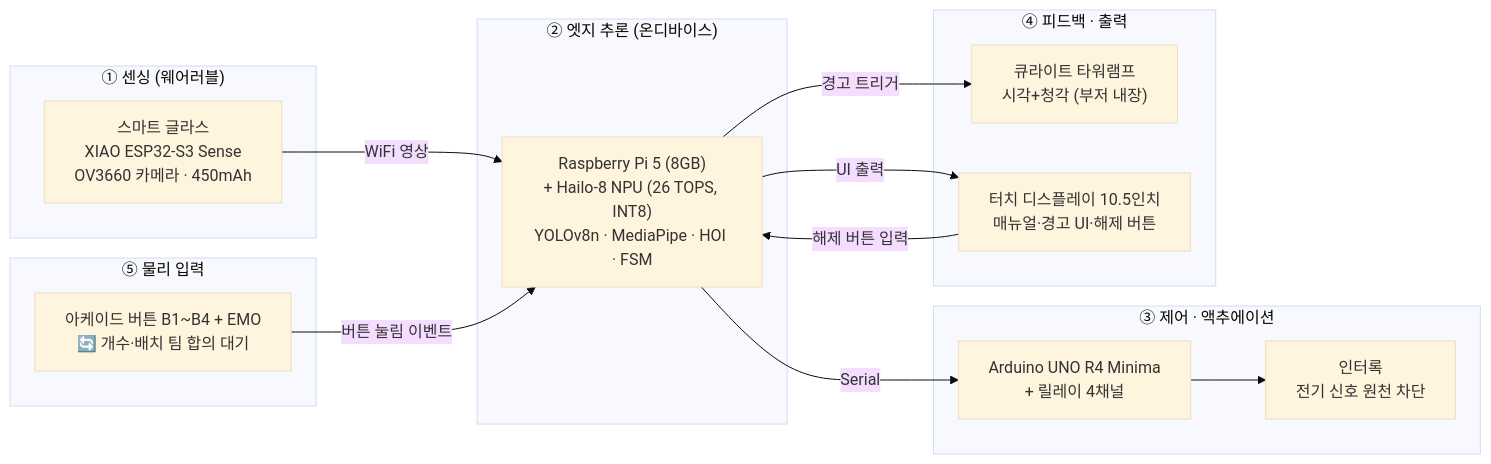
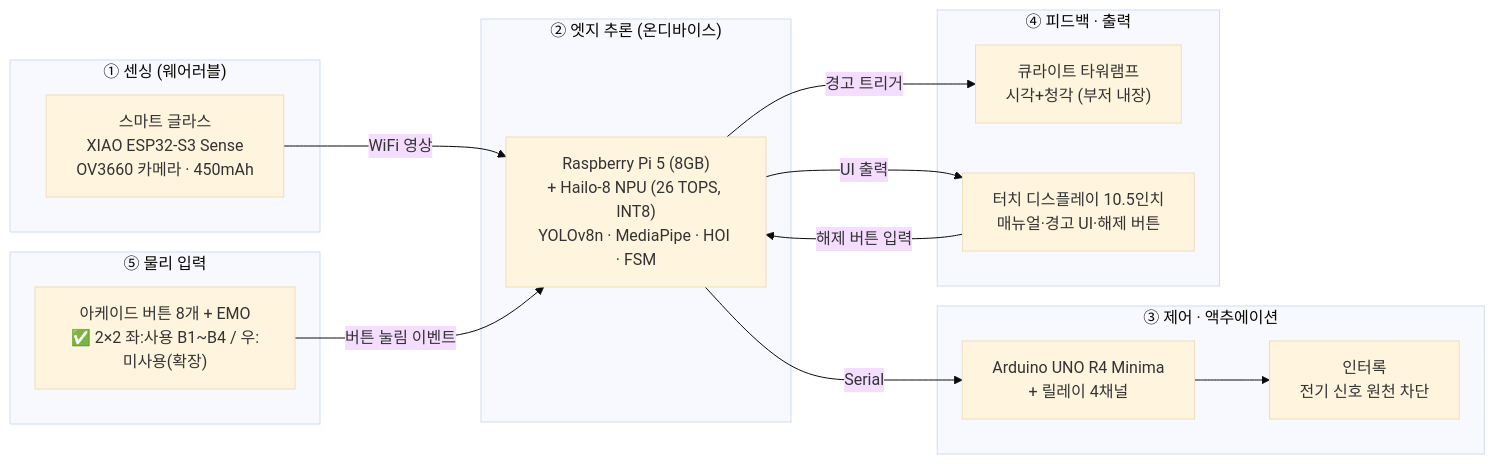
The first of 6 diagrams in 통합수행설계문서_전체_섹션1-15.md (kimem9859-arch/sop-project), drawn with Mermaid (base theme) before and after one commit. The commit also changed other lines of this file, not shown here.

First line of the commit message:
docs: 버튼 배치 확정(2026-06-09) — 8개 2×2(좌:사용 B1~B4/우:미사용) 반영

````diff
--- a/통합수행설계문서_전체_섹션1-15.md
+++ b/통합수행설계문서_전체_섹션1-15.md
@@ -181,27 +181,27 @@
 ```mermaid
 flowchart LR
     subgraph S1["① 센싱 (웨어러블)"]
         GLASS["스마트 글라스<br/>XIAO ESP32-S3 Sense<br/>OV3660 카메라 · 450mAh"]
     end
     subgraph S2["② 엣지 추론 (온디바이스)"]
         RPI["Raspberry Pi 5 (8GB)<br/>+ Hailo-8 NPU (26 TOPS, INT8)<br/>YOLOv8n · MediaPipe · HOI · FSM"]
     end
     subgraph S3["③ 제어 · 액추에이션"]
         ARD["Arduino UNO R4 Minima<br/>+ 릴레이 4채널"]
         INTL["인터록<br/>전기 신호 원천 차단"]
     end
     subgraph S4["④ 피드백 · 출력"]
         TOWER["큐라이트 타워램프<br/>시각+청각 (부저 내장)"]
         DISP["터치 디스플레이 10.5인치<br/>매뉴얼·경고 UI·해제 버튼"]
     end
     subgraph S5["⑤ 물리 입력"]
-        BTN["아케이드 버튼 B1~B4 + EMO<br/>🔄 개수·배치 팀 합의 대기"]
+        BTN["아케이드 버튼 8개 + EMO<br/>✅ 2×2 좌:사용 B1~B4 / 우:미사용(확장)"]
     end
     GLASS -->|WiFi 영상| RPI
     RPI -->|Serial| ARD
     ARD --> INTL
     RPI -->|경고 트리거| TOWER
     RPI -->|UI 출력| DISP
     BTN -->|버튼 눌림 이벤트| RPI
     DISP -->|해제 버튼 입력| RPI
 ```
````
